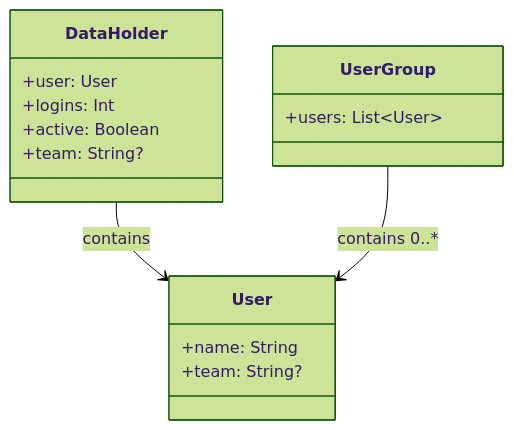
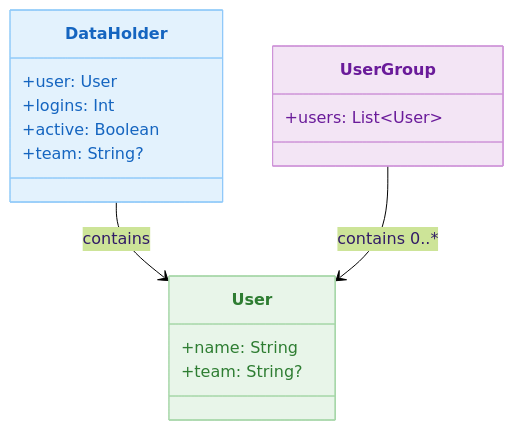
Before and after one commit to bluetape4k/exposed-workshop: the third of 3 diagrams in 06-advanced/04-exposed-json/README.md, drawn with Mermaid (forest theme). The commit also changed other lines of this file and 56 other files, not shown here.

First line of the commit message:
docs: 전체 README mermaid 다이어그램에 파스텔 톤 색상 적용

````diff
--- a/06-advanced/04-exposed-json/README.md
+++ b/06-advanced/04-exposed-json/README.md
@@ -100,19 +108,23 @@
 ```mermaid
 classDiagram
     class DataHolder {
         +user: User
         +logins: Int
         +active: Boolean
         +team: String?
     }
     class User {
         +name: String
         +team: String?
     }
     class UserGroup {
         +users: List~User~
     }
 
     DataHolder --> User : contains
     UserGroup --> User : contains 0..*
+
+    style DataHolder fill:#E3F2FD,stroke:#90CAF9,color:#1565C0
+    style User fill:#E8F5E9,stroke:#A5D6A7,color:#2E7D32
+    style UserGroup fill:#F3E5F5,stroke:#CE93D8,color:#6A1B9A
 ```
````
